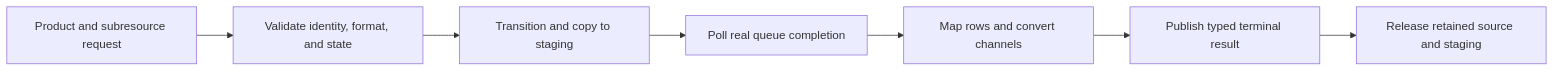
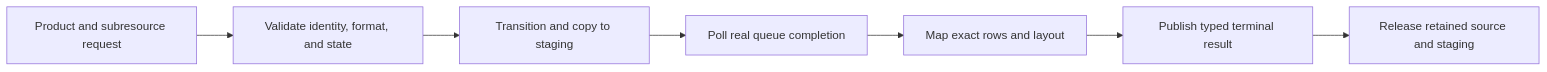
Before and after one commit to stoleckipawel/SparkleEngine: the diagram in Docs/Architecture/Modules/Engine/RHI/Features/DiagnosticsAndCapture/TextureCapture.md, drawn with Mermaid. The commit also changed other lines of this file and 111 other files, not shown here.

````diff
--- a/Docs/Architecture/Modules/Engine/RHI/Features/DiagnosticsAndCapture/TextureCapture.md
+++ b/Docs/Architecture/Modules/Engine/RHI/Features/DiagnosticsAndCapture/TextureCapture.md
@@ -23,9 +23,9 @@
 ```mermaid
 flowchart LR
     Request[Product and subresource request] --> Validate[Validate identity, format, and state]
     Validate --> Copy[Transition and copy to staging]
     Copy --> Wait[Poll real queue completion]
-    Wait --> Decode[Map rows and convert channels]
-    Decode --> Publish[Publish typed terminal result]
+    Wait --> Map[Map exact rows and layout]
+    Map --> Publish[Publish typed terminal result]
     Publish --> Retire[Release retained source and staging]
 ```
````
